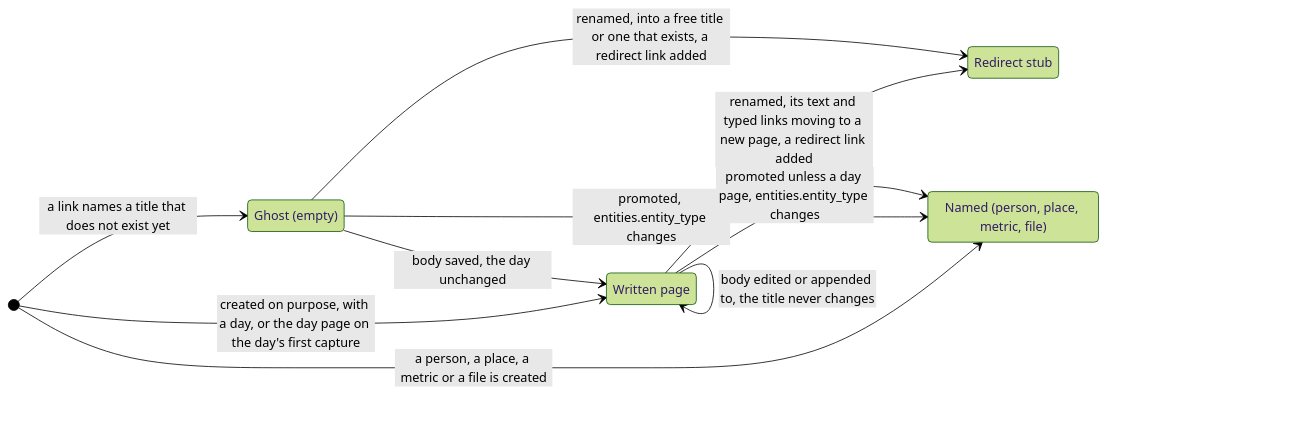
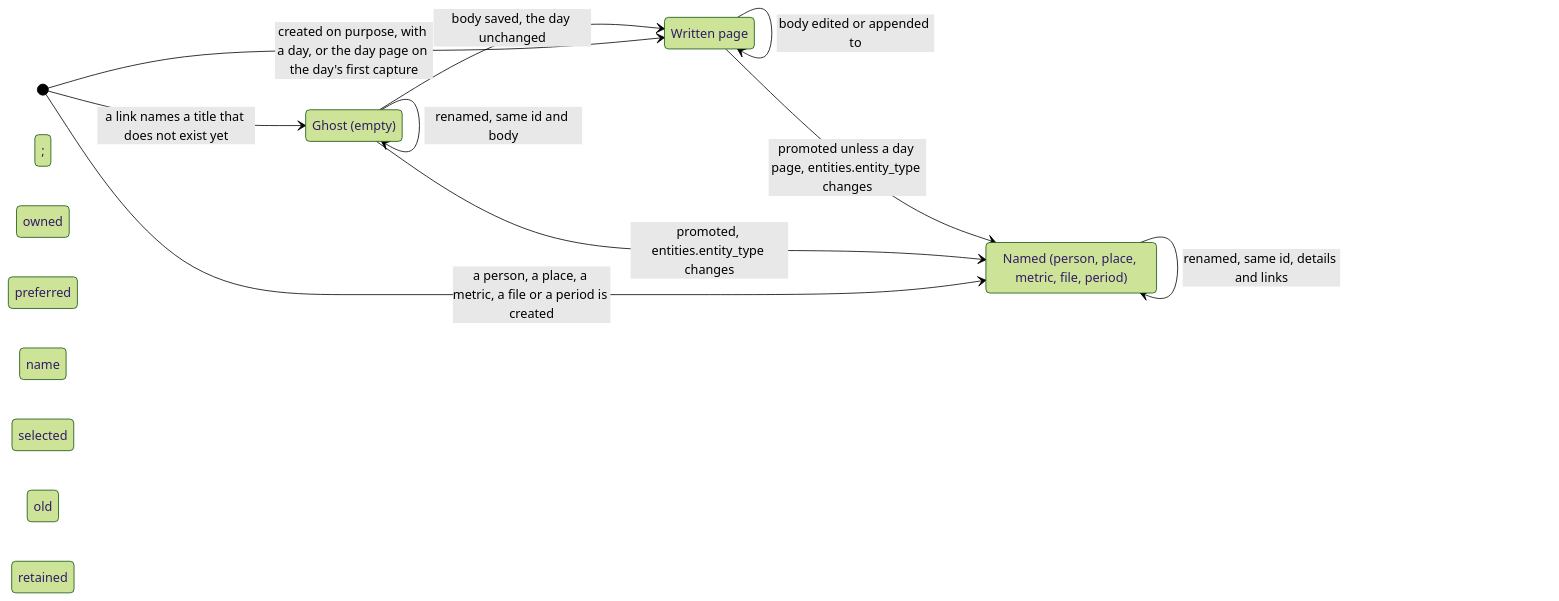
Before and after one commit to alexradunet/lifelogdb: the diagram in docs/architecture/page-lifecycle.md, drawn with Mermaid (forest theme). The commit also changed other lines of this file and 233 other files, not shown here.

````diff
--- a/docs/architecture/page-lifecycle.md
+++ b/docs/architecture/page-lifecycle.md
@@ -7,18 +7,17 @@
 ```mermaid
 %% diagram: page-life
 stateDiagram-v2
     direction LR
     state "Ghost (empty)" as Ghost
     state "Written page" as Written
-    state "Redirect stub" as Stub
-    state "Named (person, place, metric, file)" as Named
+    state "Named (person, place, metric, file, period)" as Named
     [*] --> Ghost: a link names a title that does not exist yet
     [*] --> Written: created on purpose, with a day, or the day page on the day's first capture
-    [*] --> Named: a person, a place, a metric or a file is created
+    [*] --> Named: a person, a place, a metric, a file or a period is created
     Ghost --> Written: body saved, the day unchanged
     Ghost --> Named: promoted, entities.entity_type changes
     Written --> Named: promoted unless a day page, entities.entity_type changes
-    Written --> Written: body edited or appended to, the title never changes
-    Written --> Stub: renamed, its text and typed links moving to a new page, a redirect link added
-    Ghost --> Stub: renamed, into a free title or one that exists, a redirect link added
+    Written --> Written: body edited or appended to; owned preferred name selected
+    Ghost --> Ghost: renamed, same id and body; old owned name retained
+    Named --> Named: renamed, same id, details and links; old owned name retained
 ```
````
